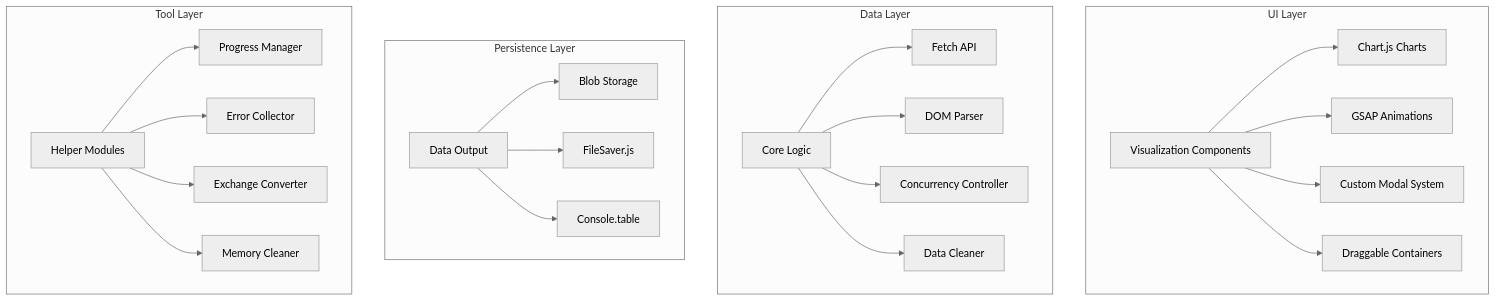
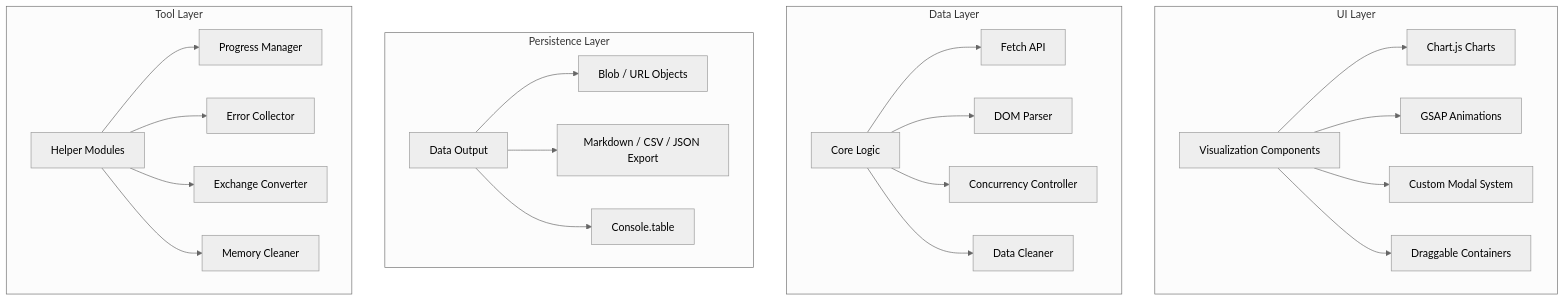
Before and after one commit to linyaocrush/DLsite-Purchase-Analyzer: the fifth of 6 diagrams in readme-EN.md, drawn with Mermaid (neutral theme). The commit also changed other lines of this file and 2 other files, not shown here.

````diff
--- a/readme-EN.md
+++ b/readme-EN.md
@@ -295,29 +303,29 @@
 ```mermaid
 graph TB
     subgraph UI Layer
         A[Visualization Components] --> A1[Chart.js Charts]
         A --> A2[GSAP Animations]
         A --> A3[Custom Modal System]
         A --> A4[Draggable Containers]
     end
     
     subgraph Data Layer
         B[Core Logic] --> B1[Fetch API]
         B --> B2[DOM Parser]
         B --> B3[Concurrency Controller]
         B --> B4[Data Cleaner]
     end
     
     subgraph Persistence Layer
-        C[Data Output] --> C1[Blob Storage]
-        C --> C2[FileSaver.js]
+        C[Data Output] --> C1[Blob / URL Objects]
+        C --> C2[Markdown / CSV / JSON Export]
         C --> C3[Console.table]
     end
     
     subgraph Tool Layer
         D[Helper Modules] --> D1[Progress Manager]
         D --> D2[Error Collector]
         D --> D3[Exchange Converter]
         D --> D4[Memory Cleaner]
     end
 ```
````
